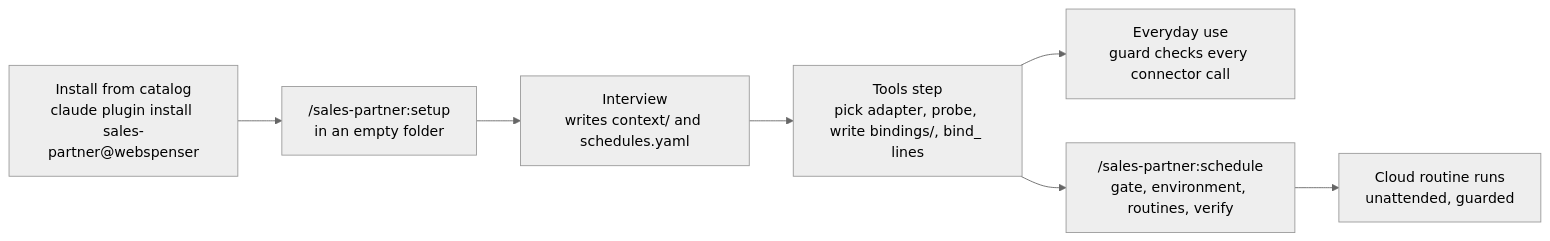
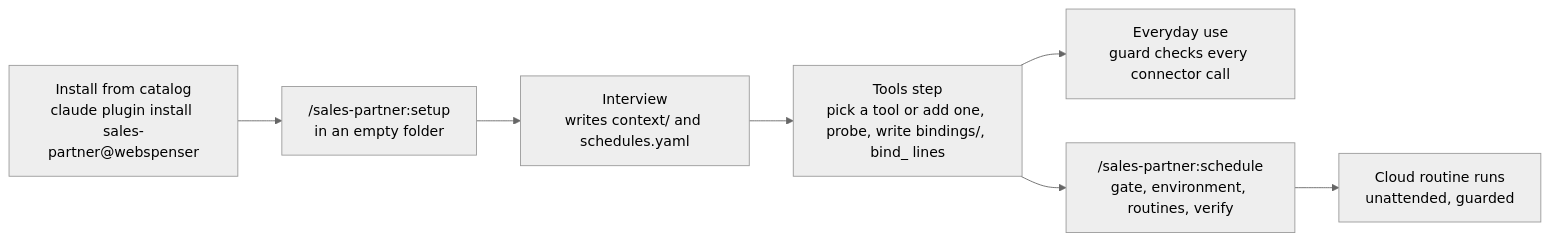
The first of 6 diagrams in docs/how-it-works.md (webspenser/agent-builder), drawn with Mermaid (neutral theme) before and after one commit. The commit also changed other lines of this file and 10 other files, not shown here.

````diff
--- a/docs/how-it-works.md
+++ b/docs/how-it-works.md
@@ -103,9 +100,9 @@
 ```mermaid
 flowchart LR
   A["Install from catalog<br/>claude plugin install sales-partner@webspenser"] --> B["/sales-partner:setup<br/>in an empty folder"]
   B --> C["Interview<br/>writes context/ and schedules.yaml"]
-  C --> D["Tools step<br/>pick adapter, probe, write bindings/, bind_ lines"]
+  C --> D["Tools step<br/>pick a tool or add one, probe, write bindings/, bind_ lines"]
   D --> E["Everyday use<br/>guard checks every connector call"]
   D --> F["/sales-partner:schedule<br/>gate, environment, routines, verify"]
   F --> G["Cloud routine runs<br/>unattended, guarded"]
 ```
````
